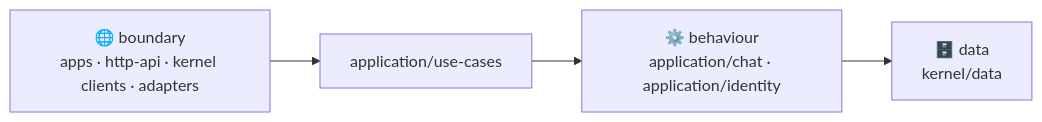
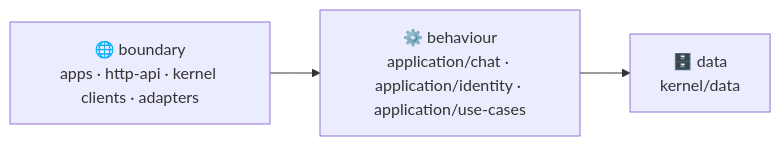
One commit to khotei/app-template changed the second of 3 diagrams in README.md. Above: the diagram before and after it, drawn with Mermaid. The commit also changed other lines of this file and 14 other files, not shown here.

````diff
--- a/README.md
+++ b/README.md
@@ -116,6 +118,5 @@
 ```mermaid
 graph LR
-  B["🌐 boundary<br/>apps · http-api · kernel clients · adapters"] --> U["application/use-cases"]
-  U --> M["⚙️ behaviour<br/>application/chat · application/identity"]
+  B["🌐 boundary<br/>apps · http-api · kernel clients · adapters"] --> M["⚙️ behaviour<br/>application/chat · application/identity · application/use-cases"]
   M --> D["🗄️ data<br/>kernel/data"]
 ```
````
